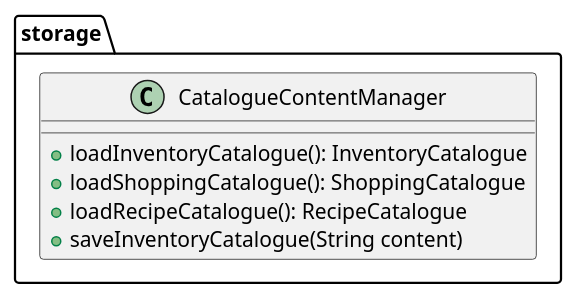
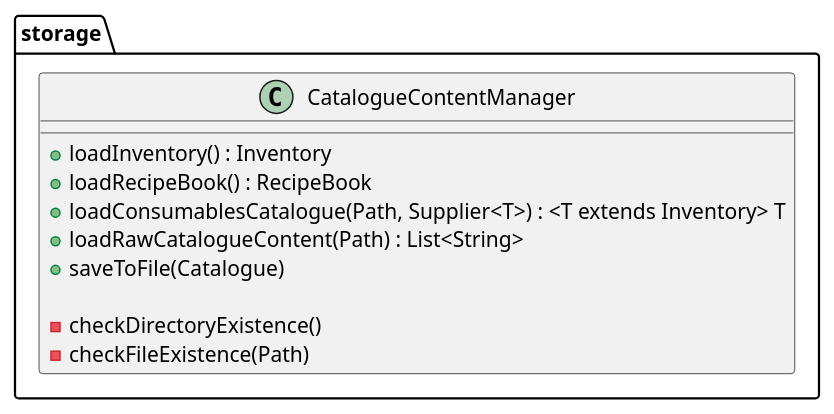
One commit to ChingWhee/tp changed the diagram in docs/diagrams/storage.puml. Above: the diagram before and after it, drawn with PlantUML. The commit also changed 4 other files, not shown here.

```diff
--- a/docs/diagrams/storage.puml
+++ b/docs/diagrams/storage.puml
@@ -1,10 +1,14 @@
 @startuml
 package "storage" {
     class CatalogueContentManager {
-        +loadInventoryCatalogue(): InventoryCatalogue
-        +loadShoppingCatalogue(): ShoppingCatalogue
-        +loadRecipeCatalogue(): RecipeCatalogue
-        +saveInventoryCatalogue(String content)
+        +loadInventory() : Inventory
+        +loadRecipeBook() : RecipeBook
+        +loadConsumablesCatalogue(Path, Supplier<T>) : <T extends Inventory> T
+        +loadRawCatalogueContent(Path) : List<String>
+        +saveToFile(Catalogue)
+
+        -checkDirectoryExistence()
+        -checkFileExistence(Path)
     }
 }
 @enduml
```
